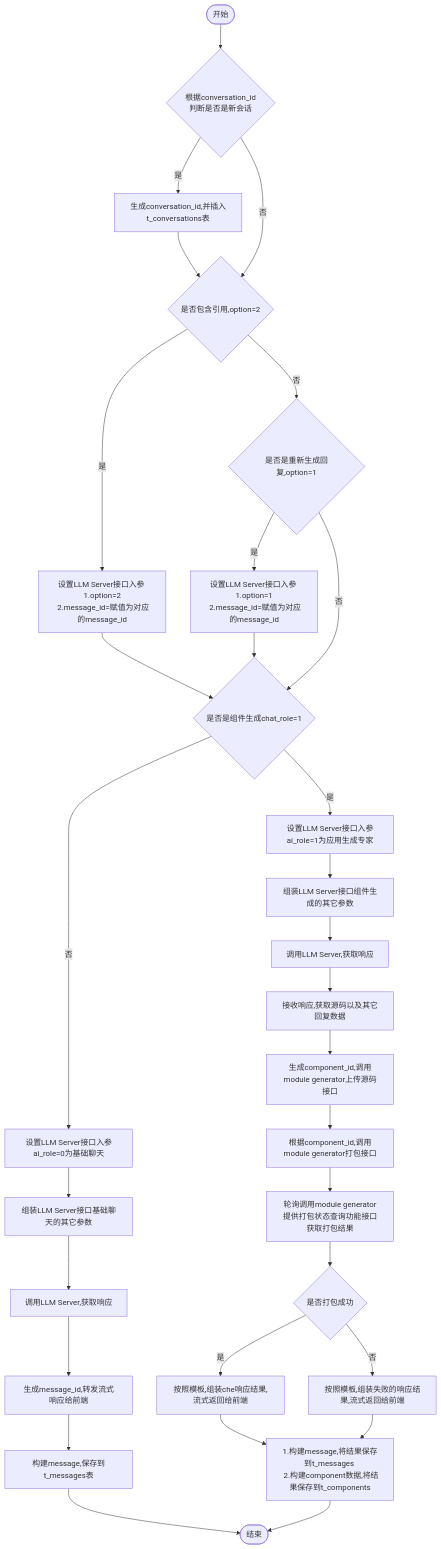
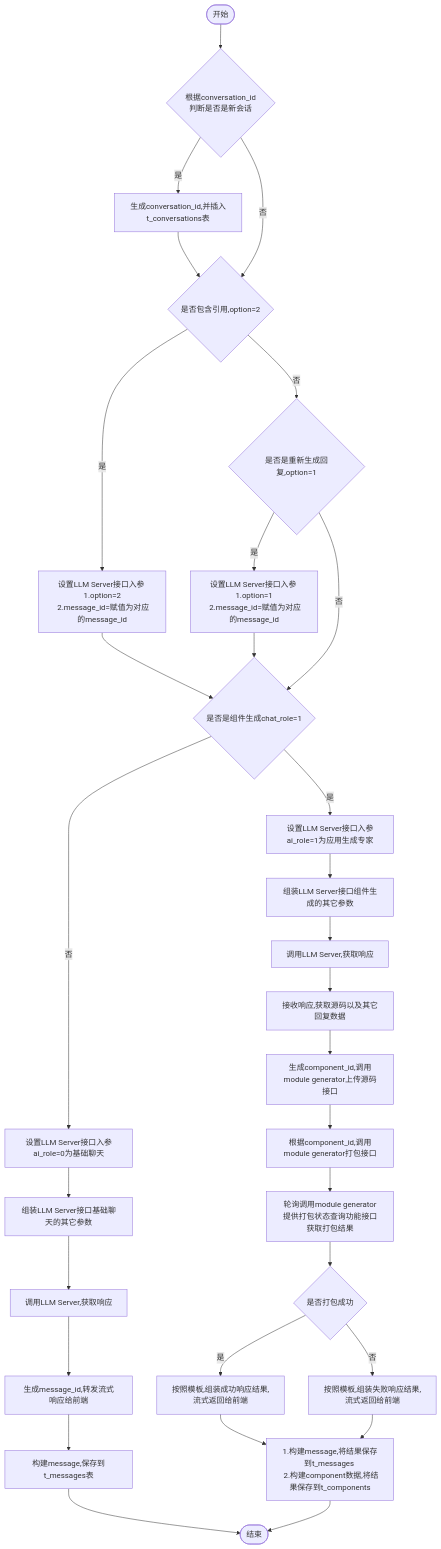
Before and after one commit to yingjianzh/iodraw-files: the diagram in all/w3-会话-不需要传递message.md, drawn with Mermaid.

Commit message:
2024-10-14 14:02:09 update

````diff
--- a/all/w3-会话-不需要传递message.md
+++ b/all/w3-会话-不需要传递message.md
@@ -1,36 +1,36 @@
 ```mermaid
 flowchart TD
     A([开始]) --> B{根据conversation_id \n 判断是否是新会话}
     B -- 是 --> C[生成conversation_id,并插入t_conversations表]
     C --> D
     B -- 否 --> D{是否包含引用,option=2}
     D -- 是 --> E[设置LLM Server接口入参 \n 1.option=2 \n 2.message_id=赋值为对应的message_id]
     D -- 否 --> F{是否是重新生成回复,option=1}
     F -- 是 --> G[设置LLM Server接口入参 \n 1.option=1 \n 2.message_id=赋值为对应的message_id]
     F -- 否 --> I
      
     E & G --> I{是否是组件生成chat_role=1}
     I -- 否 --> K[设置LLM Server接口入参ai_role=0为基础聊天]
     I -- 是 --> J[设置LLM Server接口入参ai_role=1为应用生成专家]
     
 
     J --> L[组装LLM Server接口组件生成的其它参数]    
     K --> M[组装LLM Server接口基础聊天的其它参数]    
     M --> N[调用LLM Server,获取响应]    
     N --> O[生成message_id,转发流式响应给前端]
     O --> P[构建message,保存到t_messages表]
     P --> R([结束])
 
 
     L --> S[调用LLM Server,获取响应]
     S --> T[接收响应,获取源码以及其它回复数据]
     T --> U[生成component_id,调用module generator上传源码接口]
     U --> V[根据component_id,调用module generator打包接口]
     V --> W[轮询调用module generator提供打包状态查询功能接口获取打包结果]
     W --> X{是否打包成功}
-    X -- 是 --> Y[按照模板,组装che响应结果,流式返回给前端]
-    X -- 否 --> Z[按照模板,组装失败的响应结果,流式返回给前端]
+    X -- 是 --> Y[按照模板,组装成功响应结果,流式返回给前端]
+    X -- 否 --> Z[按照模板,组装失败响应结果,流式返回给前端]
 
     Y & Z --> Result[1.构建message,将结果保存到t_messages \n 2.构建component数据,将结果保存到t_components]
     Result --> R
 ```
````
